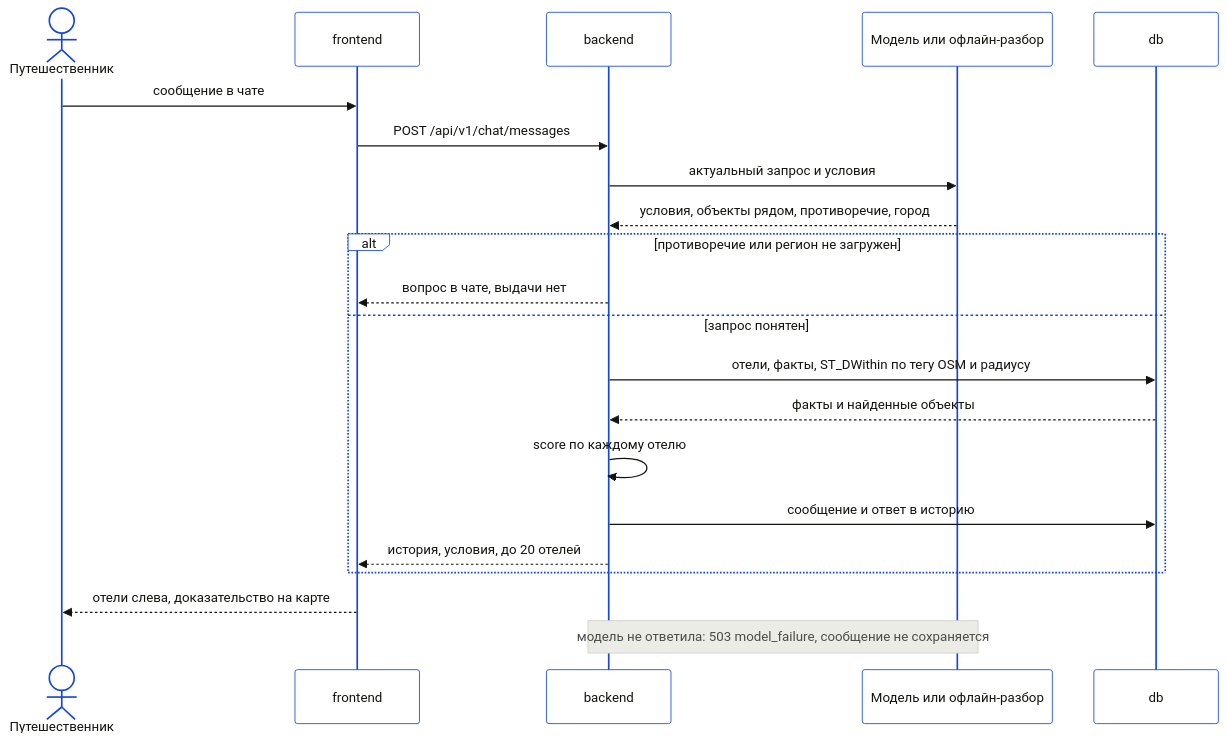
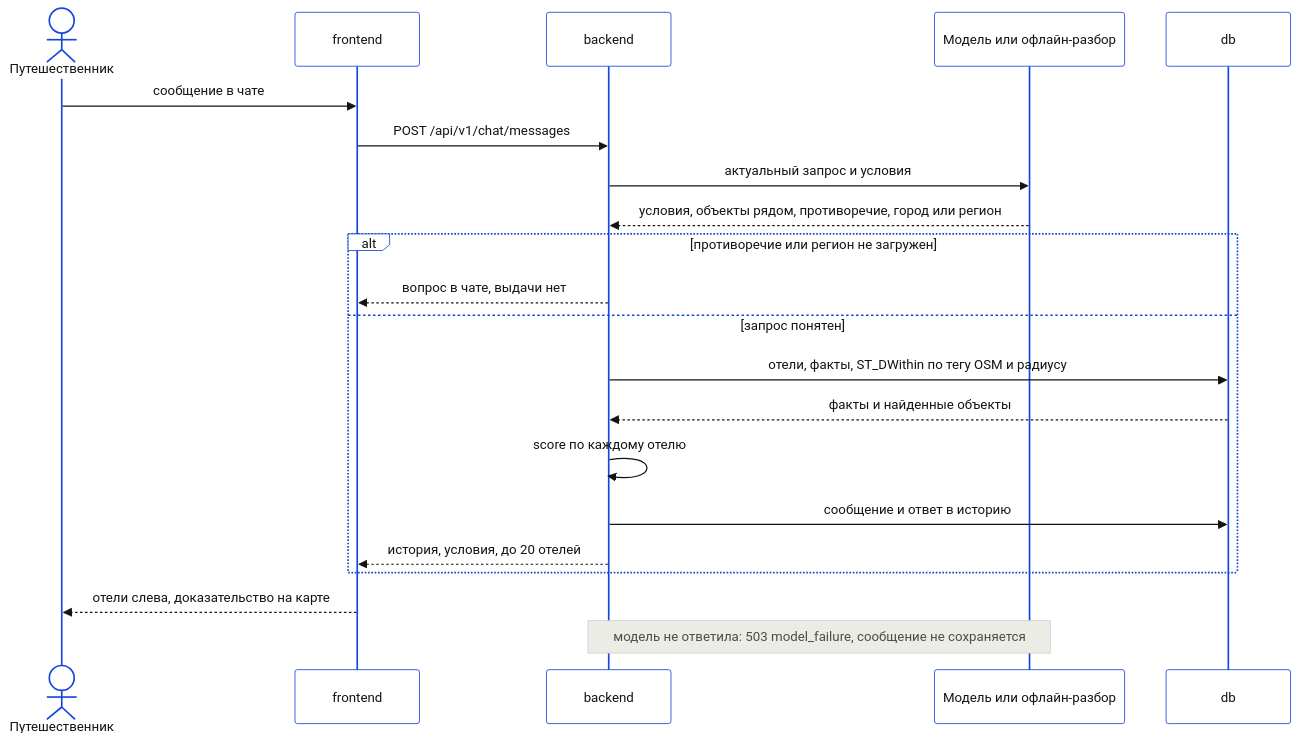
Before and after one commit to GoatWhistle/ostrovok: the third of 3 diagrams in docs/architecture.md, drawn with Mermaid. The commit also changed 26 other files, not shown here.

````diff
--- a/docs/architecture.md
+++ b/docs/architecture.md
@@ -70,24 +70,24 @@
 ```mermaid
 %%{init: {"theme":"base","themeVariables":{"primaryColor":"#ffffff","primaryTextColor":"#12140f","primaryBorderColor":"#1546db","secondaryColor":"#eaece5","tertiaryColor":"#f4f5f1","lineColor":"#61665a","textColor":"#12140f","noteBkgColor":"#eaece5","noteTextColor":"#4a4e44","actorBkg":"#ffffff","actorBorder":"#1546db","fontFamily":"Manrope Variable"}}}%%
 sequenceDiagram
     actor U as Путешественник
     participant FE as frontend
     participant BE as backend
     participant LLM as Модель или офлайн-разбор
     participant DB as db
     U->>FE: сообщение в чате
     FE->>BE: POST /api/v1/chat/messages
     BE->>LLM: актуальный запрос и условия
-    LLM-->>BE: условия, объекты рядом, противоречие, город
+    LLM-->>BE: условия, объекты рядом, противоречие, город или регион
     alt противоречие или регион не загружен
         BE-->>FE: вопрос в чате, выдачи нет
     else запрос понятен
         BE->>DB: отели, факты, ST_DWithin по тегу OSM и радиусу
         DB-->>BE: факты и найденные объекты
         BE->>BE: score по каждому отелю
         BE->>DB: сообщение и ответ в историю
         BE-->>FE: история, условия, до 20 отелей
     end
     FE-->>U: отели слева, доказательство на карте
     Note over BE,LLM: модель не ответила: 503 model_failure, сообщение не сохраняется
 ```
````
